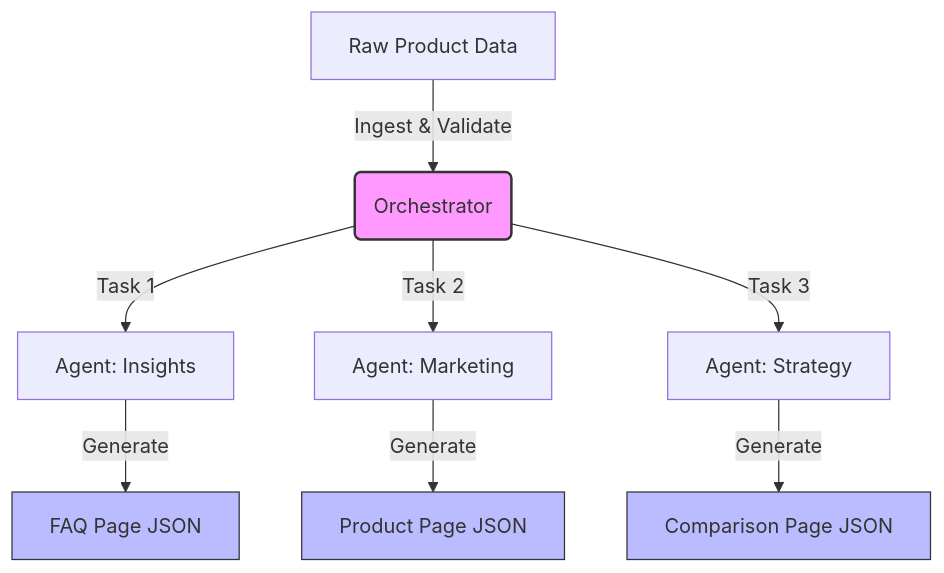
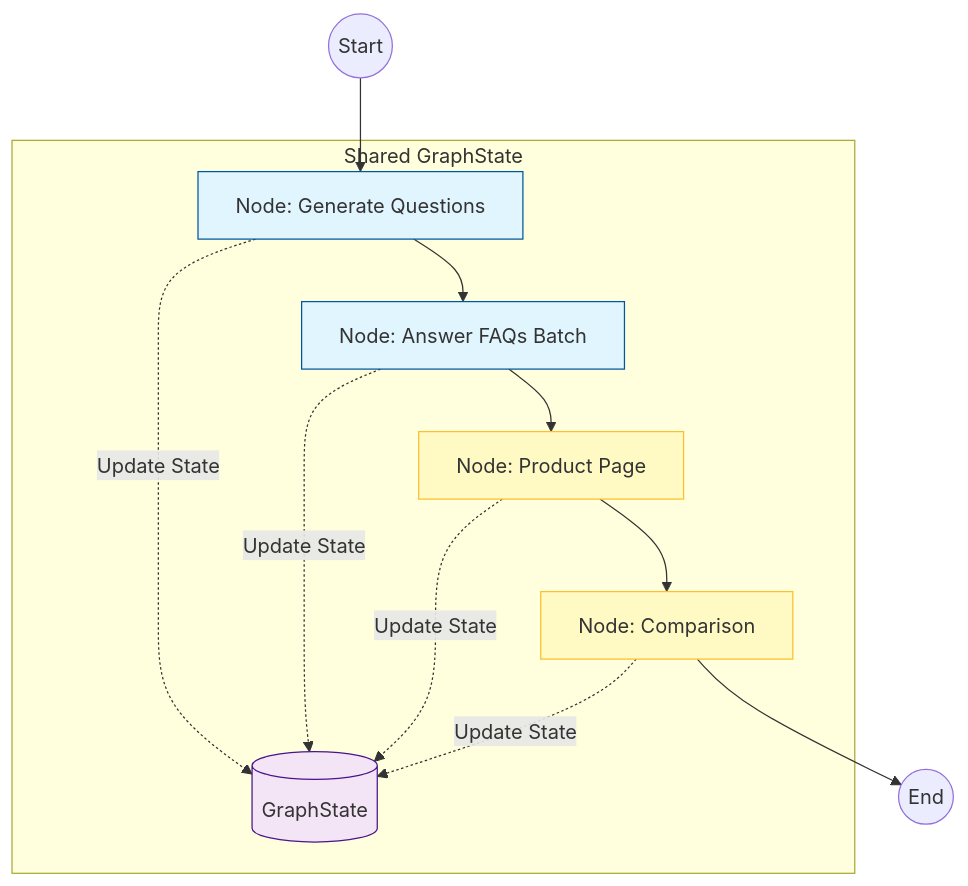
One commit to arko-14/kasparro-backend-sandipan-paul changed the diagram in README.md. Above: the diagram before and after it, drawn with Mermaid. The commit also changed other lines of this file, not shown here.

Commit message:
docs: Update README to reflect LangGraph architecture and production-ready improvements

````diff
--- a/README.md
+++ b/README.md
@@ -30,16 +33,21 @@
 ```mermaid
 graph TD
-    A[Raw Product Data] -->|Ingest & Validate| B(Orchestrator)
-    B -->|Task 1| C[Agent: Insights]
-    B -->|Task 2| D[Agent: Marketing]
-    B -->|Task 3| E[Agent: Strategy]
+    Start((Start)) --> Q[Node: Generate Questions]
+    Q --> Ans[Node: Answer FAQs Batch]
+    Ans --> Prod[Node: Product Page]
+    Prod --> Comp[Node: Comparison]
+    Comp --> End((End))
+
+    subgraph "Shared GraphState"
+    Q -.-> |Update State| S[(GraphState)]
+    Ans -.-> |Update State| S
+    Prod -.-> |Update State| S
+    Comp -.-> |Update State| S
+    end
     
-    C -->|Generate| F[FAQ Page JSON]
-    D -->|Generate| G[Product Page JSON]
-    E -->|Generate| H[Comparison Page JSON]
-    
-    style B fill:#f9f,stroke:#333,stroke-width:2px
-    style F fill:#bbf,stroke:#333,stroke-width:1px
-    style G fill:#bbf,stroke:#333,stroke-width:1px
-    style H fill:#bbf,stroke:#333,stroke-width:1px
+    style Q fill:#e1f5fe,stroke:#01579b
+    style Ans fill:#e1f5fe,stroke:#01579b
+    style Prod fill:#fff9c4,stroke:#fbc02d
+    style Comp fill:#fff9c4,stroke:#fbc02d
+    style S fill:#f3e5f5,stroke:#4a148c
 ```
````
